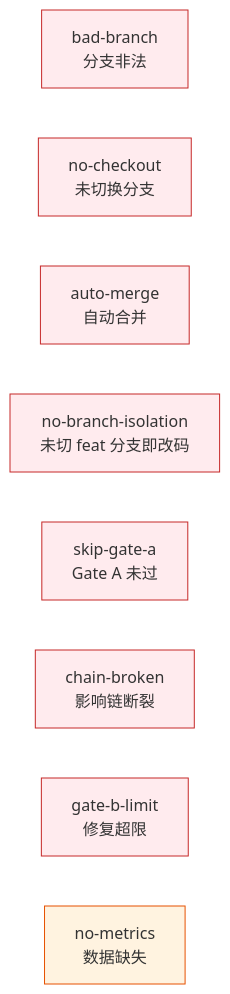
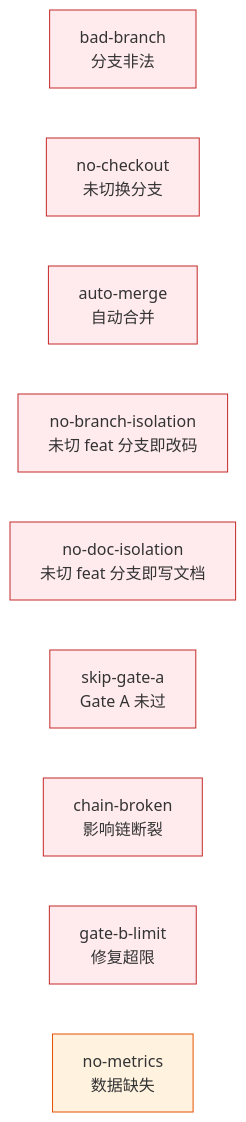
One commit to effiy/YrY changed the ninth of 10 diagrams in rules/code-pipeline.md. Above: the diagram before and after it, drawn with Mermaid. The commit also changed other lines of this file and 4 other files, not shown here.

````diff
--- a/rules/code-pipeline.md
+++ b/rules/code-pipeline.md
@@ -234,14 +244,15 @@
 ```mermaid
 flowchart LR
     B1["bad-branch<br/>分支非法"]:::block
     B2["no-checkout<br/>未切换分支"]:::block
     B3["auto-merge<br/>自动合并"]:::block
     B0["no-branch-isolation<br/>未切 feat 分支即改码"]:::block
+    B8["no-doc-isolation<br/>未切 feat 分支即写文档"]:::block
     B4["skip-gate-a<br/>Gate A 未过"]:::block
     B5["chain-broken<br/>影响链断裂"]:::block
     B6["gate-b-limit<br/>修复超限"]:::block
     B7["no-metrics<br/>数据缺失"]:::warn
 
     classDef block fill:#ffebee,stroke:#c62828;
     classDef warn fill:#fff3e0,stroke:#e65100;
 ```
````
